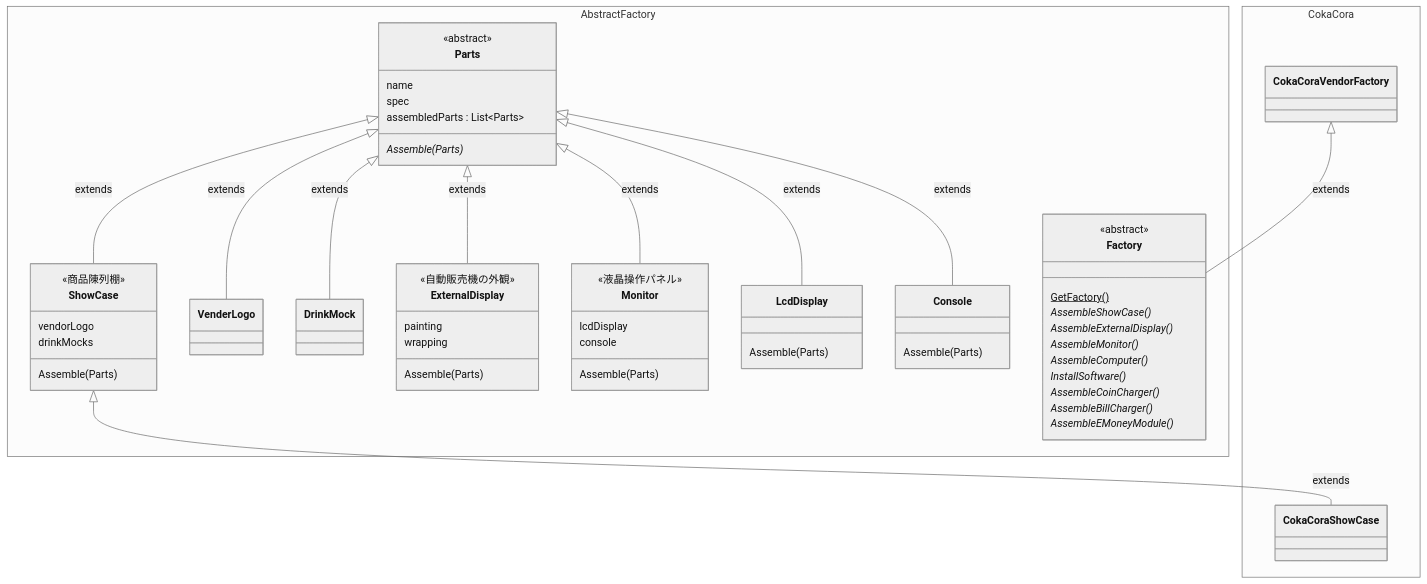
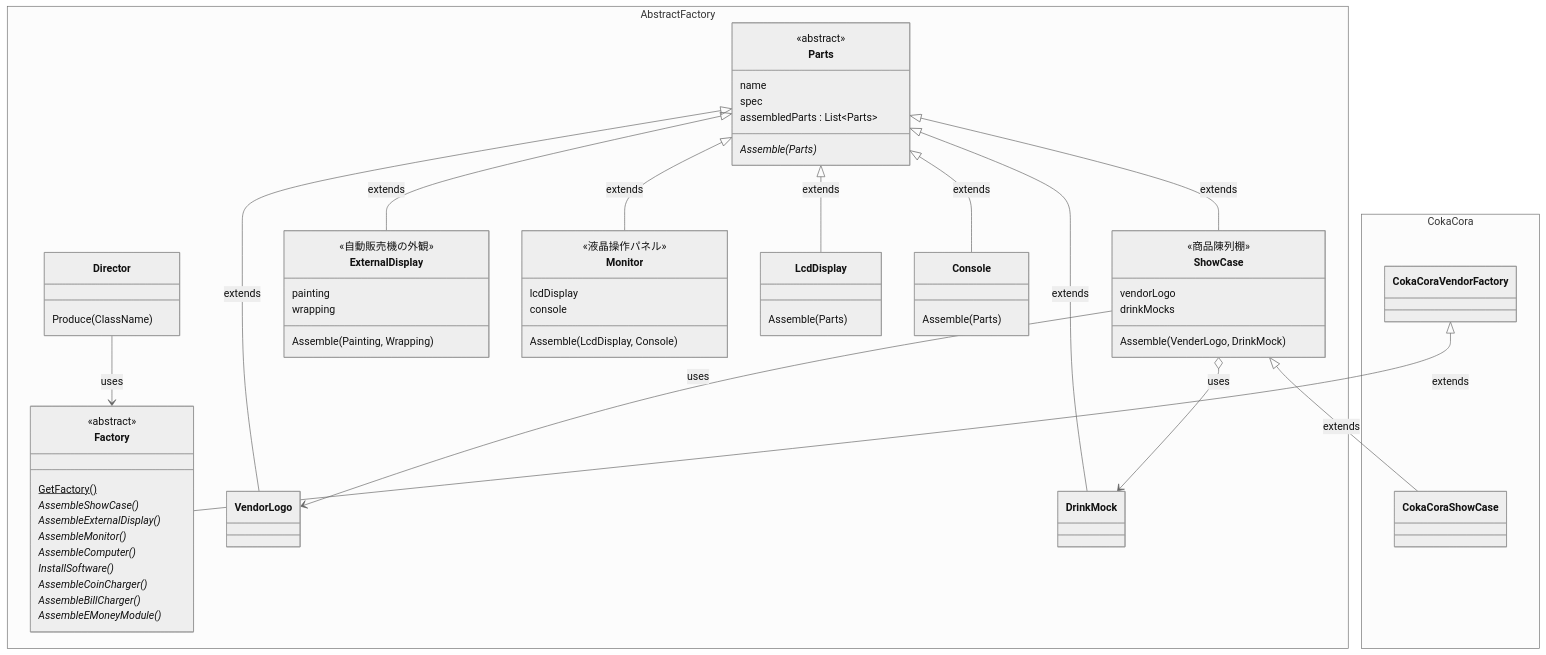
One commit to haruyan-hopemucci/design-pattern-2024 changed the diagram in src/c08_abstract_factory/README.md. Above: the diagram before and after it, drawn with Mermaid (neutral theme).

Commit message:
fix: Factoryへの参照、Partsの依存関係

````diff
--- a/src/c08_abstract_factory/README.md
+++ b/src/c08_abstract_factory/README.md
@@ -15,71 +15,77 @@
 ```mermaid
 classDiagram
 
 namespace AbstractFactory {
+  class Director {
+    Produce(ClassName)
+  }
   class Factory{
     <<abstract>>
     GetFactory()$
     AssembleShowCase()*
     AssembleExternalDisplay()*
     AssembleMonitor()*
     AssembleComputer()*
     InstallSoftware()*
     AssembleCoinCharger()*
     AssembleBillCharger()*
     AssembleEMoneyModule()*
   }
   class Parts{
     <<abstract>>
     name
     spec
     assembledParts : List~Parts~
     Assemble(Parts)*
   }
   class ShowCase {
     <<商品陳列棚>>
     vendorLogo
     drinkMocks
-    Assemble(Parts)
+    Assemble(VenderLogo, DrinkMock)
   }
-  class VenderLogo {
+  class VendorLogo {
   }
   class DrinkMock {
   }
   class ExternalDisplay {
     <<自動販売機の外観>>
     painting
     wrapping
-    Assemble(Parts)
+    Assemble(Painting, Wrapping)
   }
   class Monitor {
     <<液晶操作パネル>>
     lcdDisplay
     console
-    Assemble(Parts)
+    Assemble(LcdDisplay, Console)
   }
   class LcdDisplay {
     Assemble(Parts)
   }
   class Console {
     Assemble(Parts)
   }
 
 }
 namespace CokaCora {
   class CokaCoraVendorFactory {
   }
   class CokaCoraShowCase {
   }
 }
   Parts <|-- ShowCase : extends
-  Parts <|-- VenderLogo : extends
+  Parts <|-- VendorLogo : extends
   Parts <|-- DrinkMock : extends
   Parts <|-- ExternalDisplay : extends
   Parts <|-- Monitor : extends
   Parts <|-- LcdDisplay : extends
   Parts <|-- Console : extends
+  ShowCase --> VendorLogo : uses
+  ShowCase o--> DrinkMock : uses
 
   CokaCoraVendorFactory <|-- Factory : extends
   ShowCase <|-- CokaCoraShowCase : extends
 
+  Director --> Factory : uses
 ```
````
